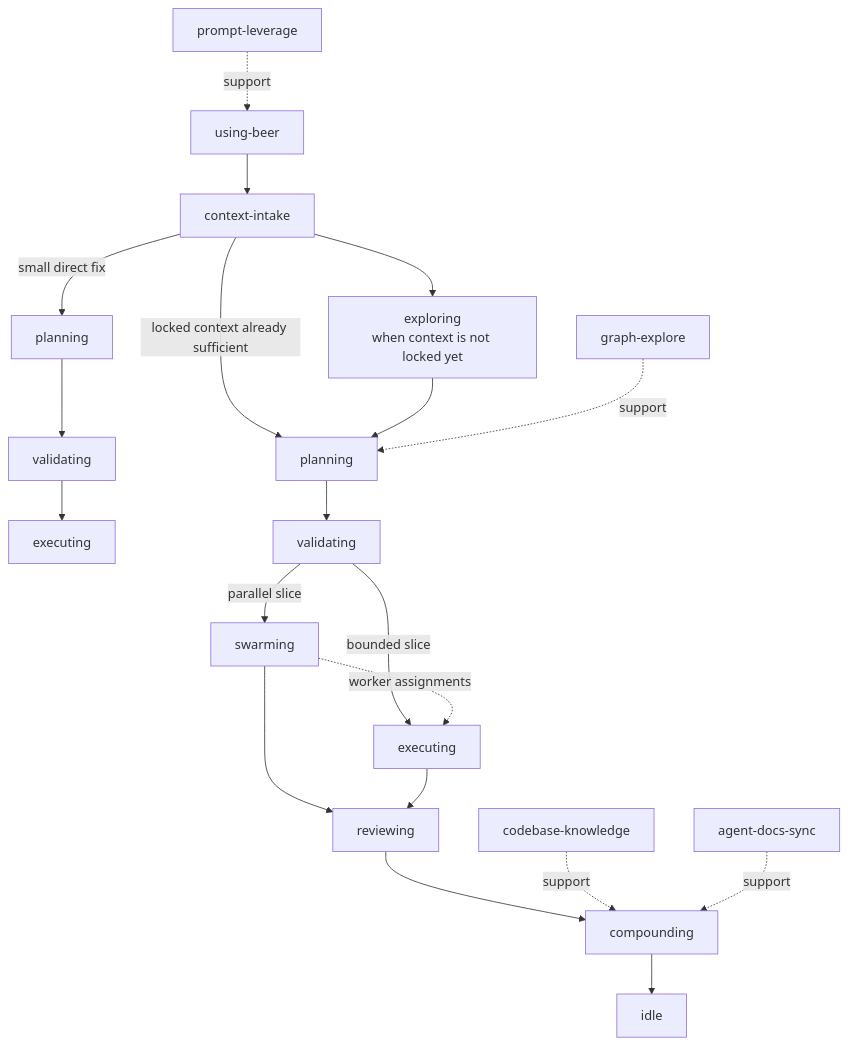
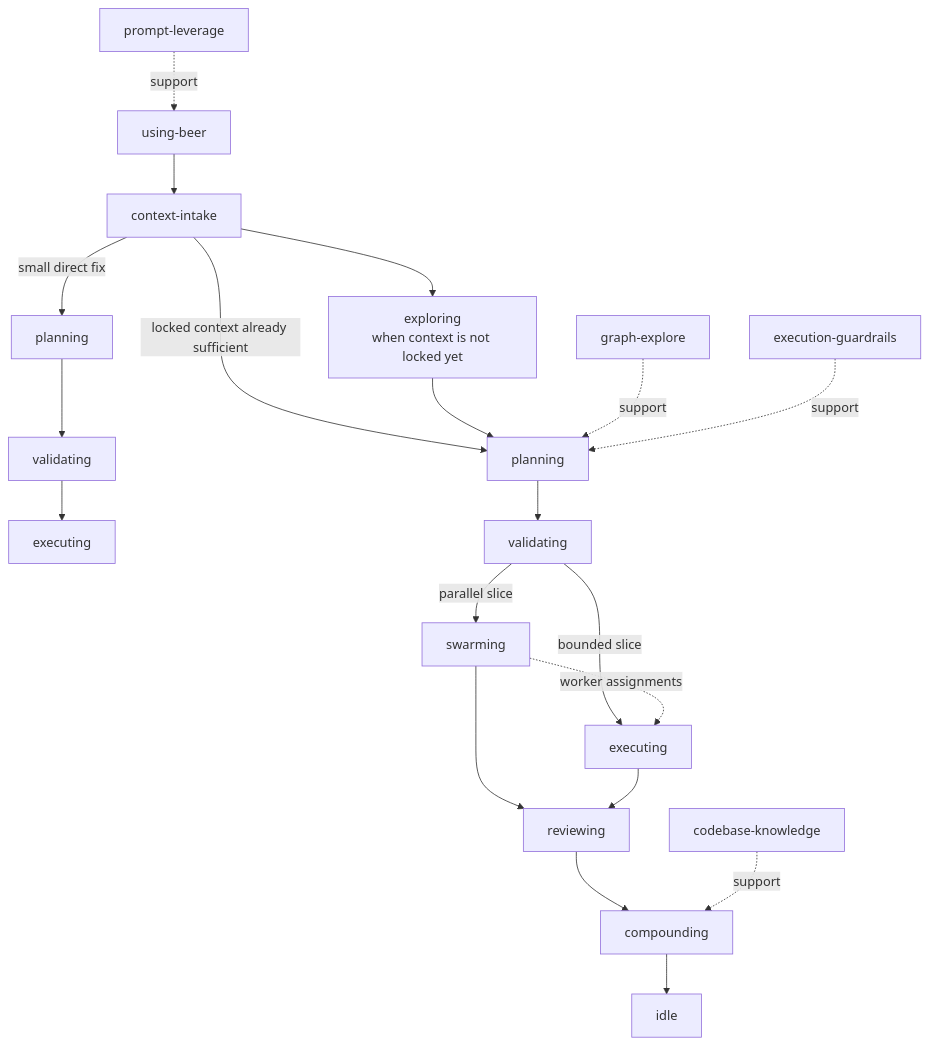
The first of 2 diagrams in docs/ecosystem-flow-overview.md (Huy-04/beer-skills), drawn with Mermaid before and after one commit. The commit also changed other lines of this file and 21 other files, not shown here.

````diff
--- a/docs/ecosystem-flow-overview.md
+++ b/docs/ecosystem-flow-overview.md
@@ -18,23 +18,23 @@
 ```mermaid
 flowchart TD
     UB[using-beer] --> CI[context-intake]
     CI -->|small direct fix| SP[planning]
     CI -->|locked context already sufficient| PL[planning]
     CI --> EX[exploring<br/>when context is not locked yet]
     SP --> SV[validating]
     SV --> SE[executing]
     EX --> PL
     PL --> VA[validating]
     VA -->|parallel slice| SW[swarming]
     VA -->|bounded slice| EW[executing]
     SW -. worker assignments .-> EW
     SW --> RV[reviewing]
     EW --> RV[reviewing]
     RV --> CO[compounding]
     CO --> IDLE[idle]
 
     GH[graph-explore] -. support .-> PL
     PH[prompt-leverage] -. support .-> UB
     KB[codebase-knowledge] -. support .-> CO
-    SC[agent-docs-sync] -. support .-> CO
+    EG[execution-guardrails] -. support .-> PL
 ```
````
